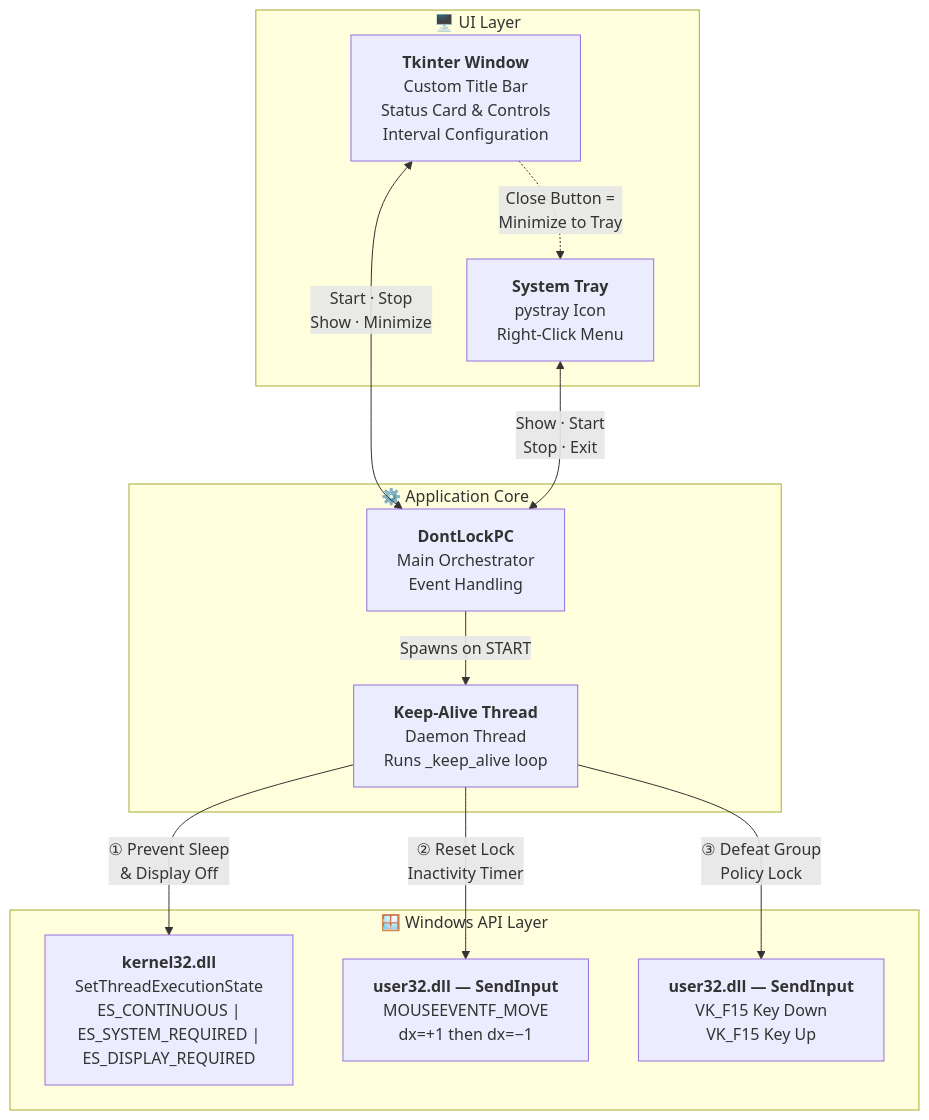
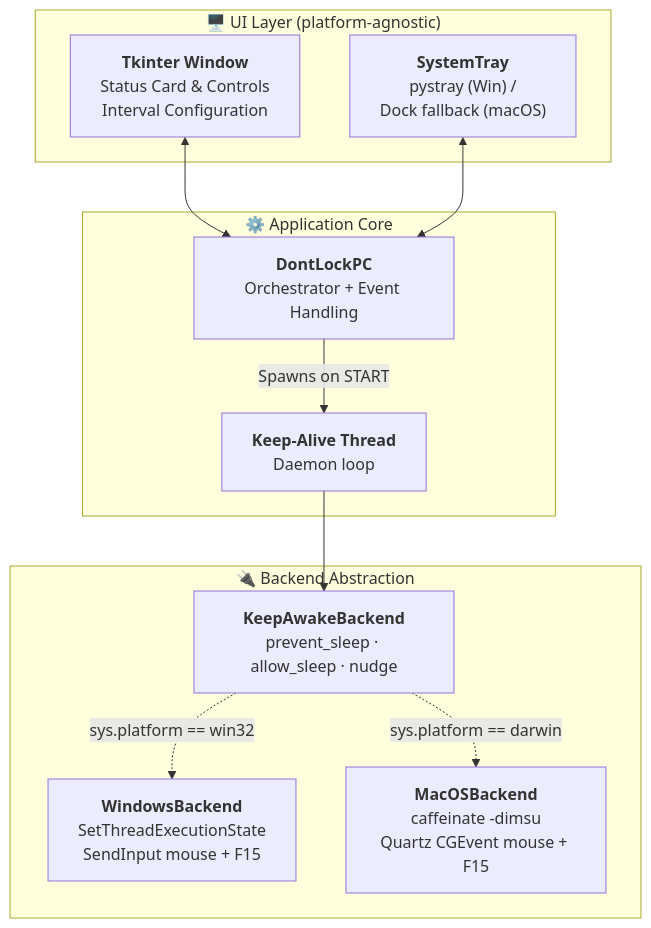
Before and after one commit to mahanteshimath/do-not-lock-my-system: the first of 2 diagrams in README.md, drawn with Mermaid. The commit also changed other lines of this file and 22 other files, not shown here.

Commit message:
feat: cross-platform (Windows + macOS) rewrite with package layout, backends, packaging, CI, and docs

````diff
--- a/README.md
+++ b/README.md
@@ -39,26 +132,25 @@
 ```mermaid
 graph TD
-    subgraph UI["🖥️ UI Layer"]
-        TK["<b>Tkinter Window</b><br/>Custom Title Bar<br/>Status Card &amp; Controls<br/>Interval Configuration"]
-        TRAY["<b>System Tray</b><br/>pystray Icon<br/>Right-Click Menu"]
+    subgraph UI["🖥️ UI Layer (platform-agnostic)"]
+        TK["<b>Tkinter Window</b><br/>Status Card &amp; Controls<br/>Interval Configuration"]
+        TRAY["<b>SystemTray</b><br/>pystray (Win) /<br/>Dock fallback (macOS)"]
     end
 
     subgraph Core["⚙️ Application Core"]
-        APP["<b>DontLockPC</b><br/>Main Orchestrator<br/>Event Handling"]
-        THREAD["<b>Keep-Alive Thread</b><br/>Daemon Thread<br/>Runs _keep_alive loop"]
+        APP["<b>DontLockPC</b><br/>Orchestrator + Event Handling"]
+        THREAD["<b>Keep-Alive Thread</b><br/>Daemon loop"]
     end
 
-    subgraph WinAPI["🪟 Windows API Layer"]
-        EXEC["<b>kernel32.dll</b><br/>SetThreadExecutionState<br/>ES_CONTINUOUS |<br/>ES_SYSTEM_REQUIRED |<br/>ES_DISPLAY_REQUIRED"]
-        MOUSE["<b>user32.dll — SendInput</b><br/>MOUSEEVENTF_MOVE<br/>dx=+1 then dx=−1"]
-        KEY["<b>user32.dll — SendInput</b><br/>VK_F15 Key Down<br/>VK_F15 Key Up"]
+    subgraph Backend["🔌 Backend Abstraction"]
+        BASE["<b>KeepAwakeBackend</b><br/>prevent_sleep · allow_sleep · nudge"]
+        WIN["<b>WindowsBackend</b><br/>SetThreadExecutionState<br/>SendInput mouse + F15"]
+        MAC["<b>MacOSBackend</b><br/>caffeinate -dimsu<br/>Quartz CGEvent mouse + F15"]
     end
 
-    TK <-->|"Start · Stop<br/>Show · Minimize"| APP
-    TRAY <-->|"Show · Start<br/>Stop · Exit"| APP
+    TK <--> APP
+    TRAY <--> APP
     APP -->|"Spawns on START"| THREAD
-    THREAD -->|"① Prevent Sleep<br/>&amp; Display Off"| EXEC
-    THREAD -->|"② Reset Lock<br/>Inactivity Timer"| MOUSE
-    THREAD -->|"③ Defeat Group<br/>Policy Lock"| KEY
-    TK -.->|"Close Button =<br/>Minimize to Tray"| TRAY
+    THREAD --> BASE
+    BASE -.->|"sys.platform == win32"| WIN
+    BASE -.->|"sys.platform == darwin"| MAC
 ```
````
